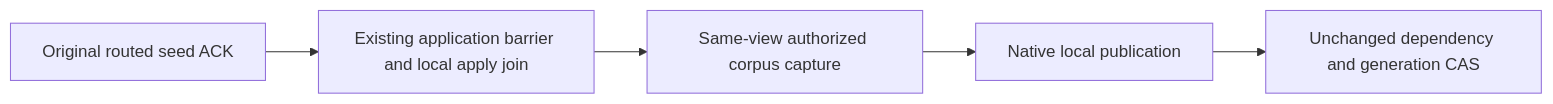
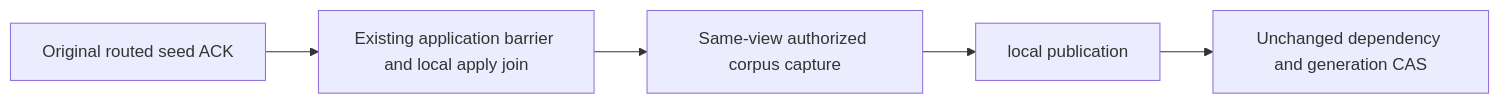
One commit to managedcode/KeyLoad changed the second of 3 diagrams in docs/Features/Search/Bm25CorpusCurrent.md. Above: the diagram before and after it, drawn with Mermaid. The commit also changed other lines of this file and 9016 other files, not shown here.

````diff
--- a/docs/Features/Search/Bm25CorpusCurrent.md
+++ b/docs/Features/Search/Bm25CorpusCurrent.md
@@ -80,7 +80,7 @@
 ```mermaid
 flowchart LR
   A[Original routed seed ACK] --> B[Existing application barrier and local apply join]
   B --> C[Same-view authorized corpus capture]
-  C --> D[Native local publication]
+  C --> D[local publication]
   D --> E[Unchanged dependency and generation CAS]
 ```
````
